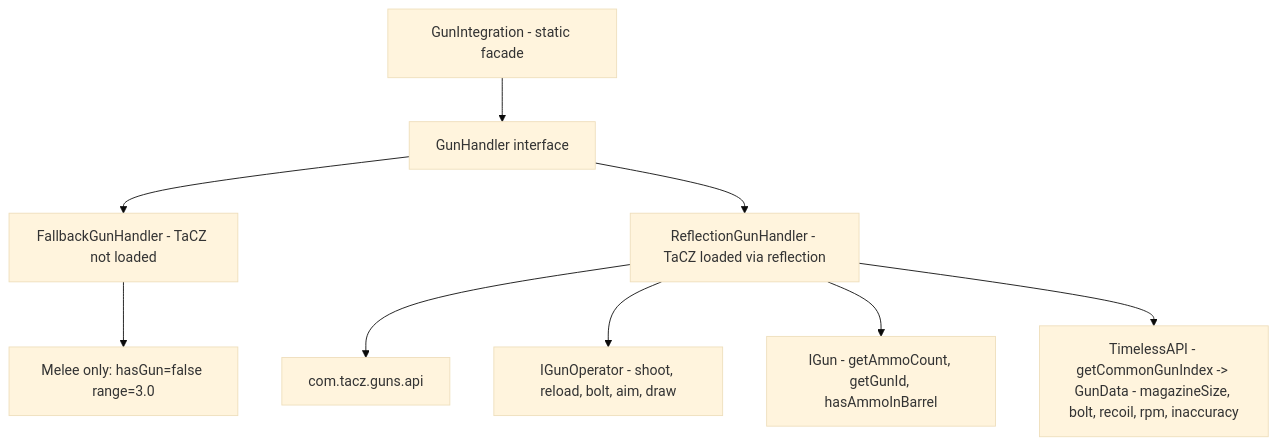
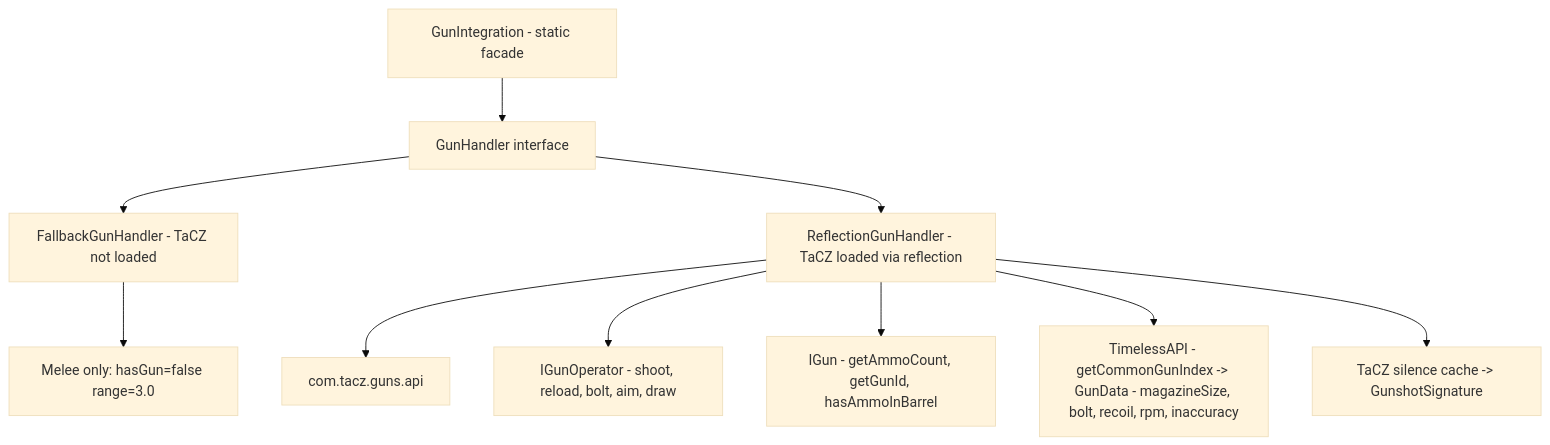
One commit to MegiTicky/steves-army changed diagram 20 of 27 in ARCHITECTURE.md. Above: the diagram before and after it, drawn with Mermaid (base theme). The commit also changed other lines of this file and 4 other files, not shown here.

````diff
--- a/ARCHITECTURE.md
+++ b/ARCHITECTURE.md
@@ -745,13 +755,14 @@
 ```mermaid
 flowchart TD
     GI["GunIntegration - static facade"] --> IF[GunHandler interface]
     IF --> FALLBACK["FallbackGunHandler - TaCZ not loaded"]
     IF --> REFLECT["ReflectionGunHandler - TaCZ loaded via reflection"]
     
     FALLBACK --> MELEE["Melee only: hasGun=false range=3.0"]
     REFLECT --> TACZ[com.tacz.guns.api]
     
     REFLECT --> OPERATOR["IGunOperator - shoot, reload, bolt, aim, draw"]
     REFLECT --> IGUN["IGun - getAmmoCount, getGunId, hasAmmoInBarrel"]
     REFLECT --> TIMELESS["TimelessAPI - getCommonGunIndex -> GunData - magazineSize, bolt, recoil, rpm, inaccuracy"]
+    REFLECT --> SIGNATURE["TaCZ silence cache -> GunshotSignature"]
 ```
````
